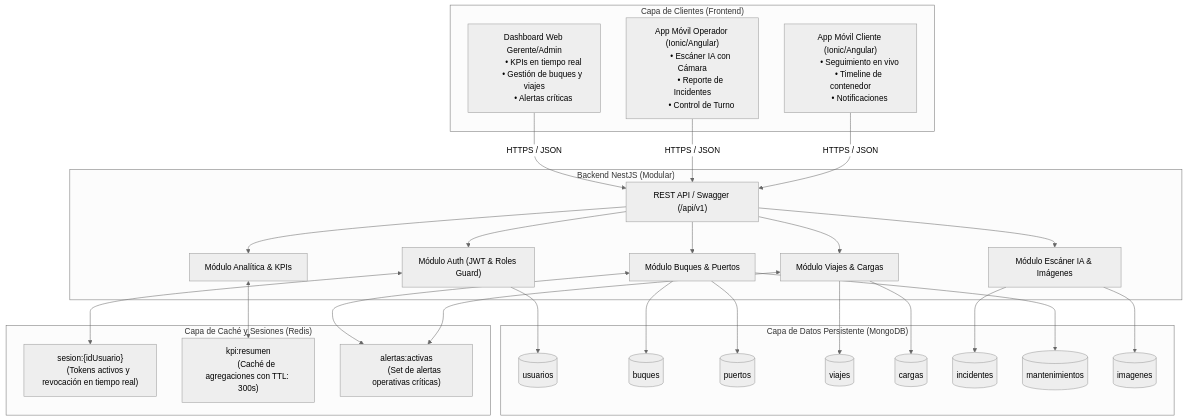
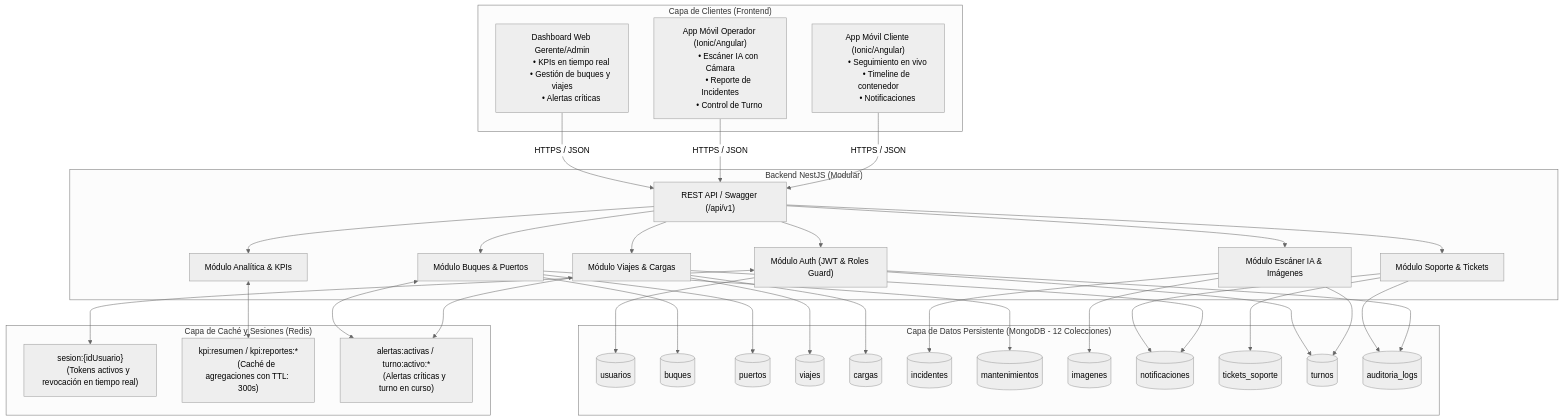
One commit to JhonDCR/Naviport changed the diagram in ARCHITECTURE.md. Above: the diagram before and after it, drawn with Mermaid (neutral theme). The commit also changed other lines of this file and 54 other files, not shown here.

First line of the commit message:
feat(back): complete multi-role API modules, 12 MongoDB collections, Redis strategies and E2E verification (#2)

````diff
--- a/ARCHITECTURE.md
+++ b/ARCHITECTURE.md
@@ -9,60 +9,66 @@
 ```mermaid
 flowchart TD
     subgraph Clientes ["Capa de Clientes (Frontend)"]
         MobileClient["App Móvil Cliente (Ionic/Angular)
         • Seguimiento en vivo
         • Timeline de contenedor
         • Notificaciones"]
         
         MobileOperator["App Móvil Operador (Ionic/Angular)
         • Escáner IA con Cámara
         • Reporte de Incidentes
         • Control de Turno"]
 
         WebManager["Dashboard Web Gerente/Admin
         • KPIs en tiempo real
         • Gestión de buques y viajes
         • Alertas críticas"]
     end
 
     subgraph API ["Backend NestJS (Modular)"]
         Gateway["REST API / Swagger (/api/v1)"]
         AuthModule["Módulo Auth (JWT & Roles Guard)"]
         TrackingModule["Módulo Viajes & Cargas"]
         ScannerModule["Módulo Escáner IA & Imágenes"]
         FleetModule["Módulo Buques & Puertos"]
         KPIModule["Módulo Analítica & KPIs"]
+        SupportModule["Módulo Soporte & Tickets"]
     end
 
     subgraph FastStorage ["Capa de Caché y Sesiones (Redis)"]
         RedisSession["sesion:{idUsuario}
         (Tokens activos y revocación en tiempo real)"]
-        RedisKPI["kpi:resumen
+        RedisKPI["kpi:resumen / kpi:reportes:*
         (Caché de agregaciones con TTL: 300s)"]
-        RedisAlerts["alertas:activas
-        (Set de alertas operativas críticas)"]
+        RedisAlerts["alertas:activas / turno:activo:*
+        (Alertas críticas y turno en curso)"]
     end
 
-    subgraph Persistencia ["Capa de Datos Persistente (MongoDB)"]
+    subgraph Persistencia ["Capa de Datos Persistente (MongoDB - 12 Colecciones)"]
         MongoUsers[("usuarios")]
         MongoShips[("buques")]
         MongoPorts[("puertos")]
         MongoTrips[("viajes")]
         MongoCargo[("cargas")]
         MongoIncidents[("incidentes")]
         MongoMaintenance[("mantenimientos")]
         MongoImages[("imagenes")]
+        MongoNotifs[("notificaciones")]
+        MongoSupport[("tickets_soporte")]
+        MongoShifts[("turnos")]
+        MongoAudit[("auditoria_logs")]
     end
 
     MobileClient & MobileOperator & WebManager -->|HTTPS / JSON| Gateway
-    Gateway --> AuthModule & TrackingModule & ScannerModule & FleetModule & KPIModule
+    Gateway --> AuthModule & TrackingModule & ScannerModule & FleetModule & KPIModule & SupportModule
     
     AuthModule <--> RedisSession
     KPIModule <--> RedisKPI
     TrackingModule & FleetModule <--> RedisAlerts
 
-    TrackingModule --> MongoTrips & MongoCargo
+    TrackingModule --> MongoTrips & MongoCargo & MongoNotifs
     FleetModule --> MongoShips & MongoPorts & MongoMaintenance
-    ScannerModule --> MongoImages & MongoIncidents
-    AuthModule --> MongoUsers
+    ScannerModule --> MongoImages & MongoIncidents & MongoShifts
+    AuthModule --> MongoUsers & MongoShifts & MongoAudit
+    SupportModule --> MongoSupport & MongoNotifs & MongoAudit
 ```
````
